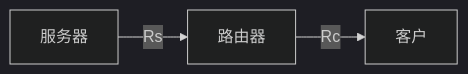
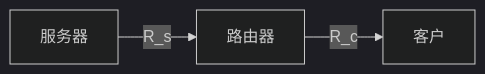
One commit to Meer-Matze/Meer-Matze.github.io changed the eighth of 10 diagrams in src/content/posts/计算机网络和因特网.md. Above: the diagram before and after it, drawn with Mermaid (dark theme). The commit also changed other lines of this file, not shown here.

````diff
--- a/src/content/posts/计算机网络和因特网.md
+++ b/src/content/posts/计算机网络和因特网.md
@@ -1677,4 +824,4 @@
 ```mermaid
 graph LR
-  S["服务器"] -->|"Rs"| R["路由器"] -->|"Rc"| C["客户"]
+  S["服务器"] -->|"R_s"| R["路由器"] -->|"R_c"| C["客户"]
 ```
````
